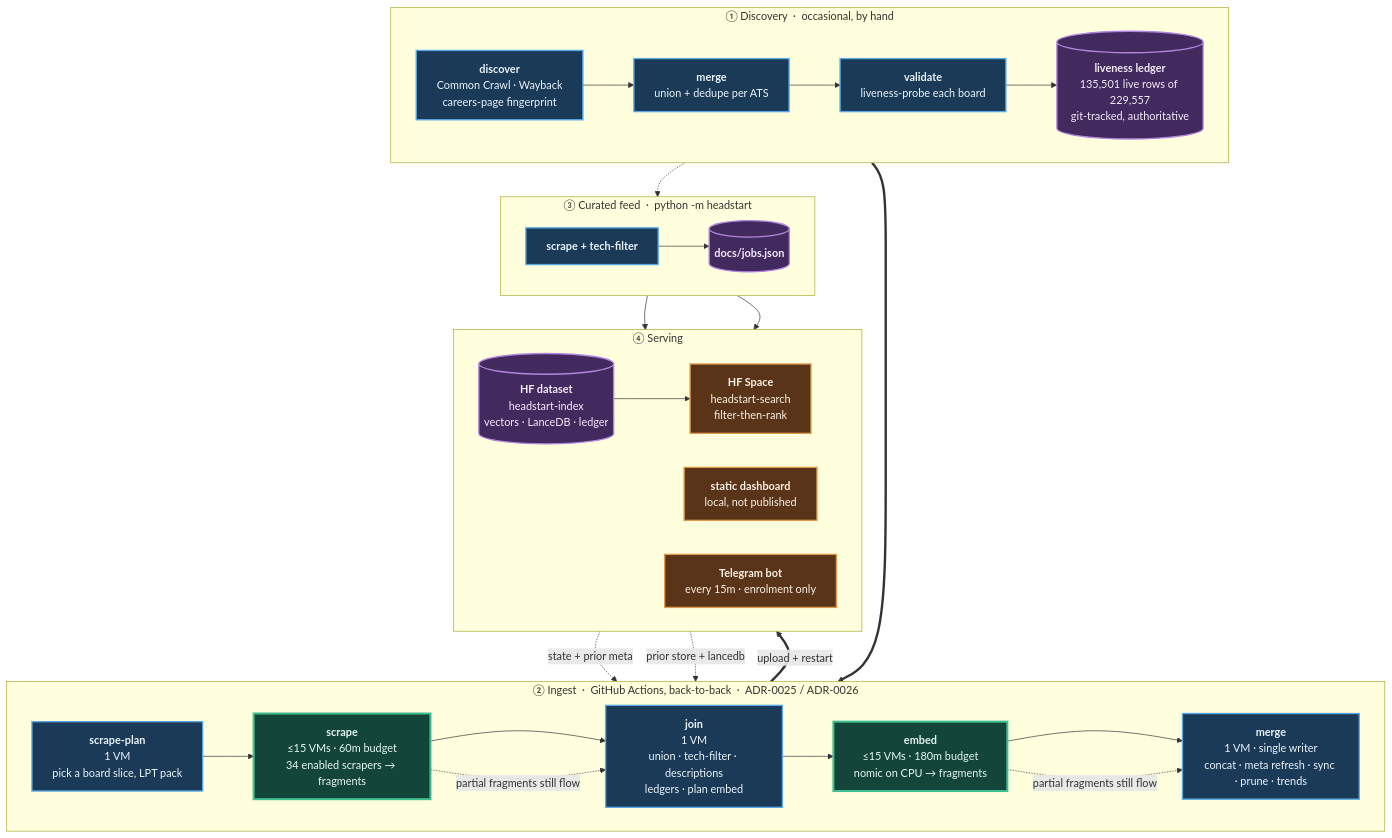
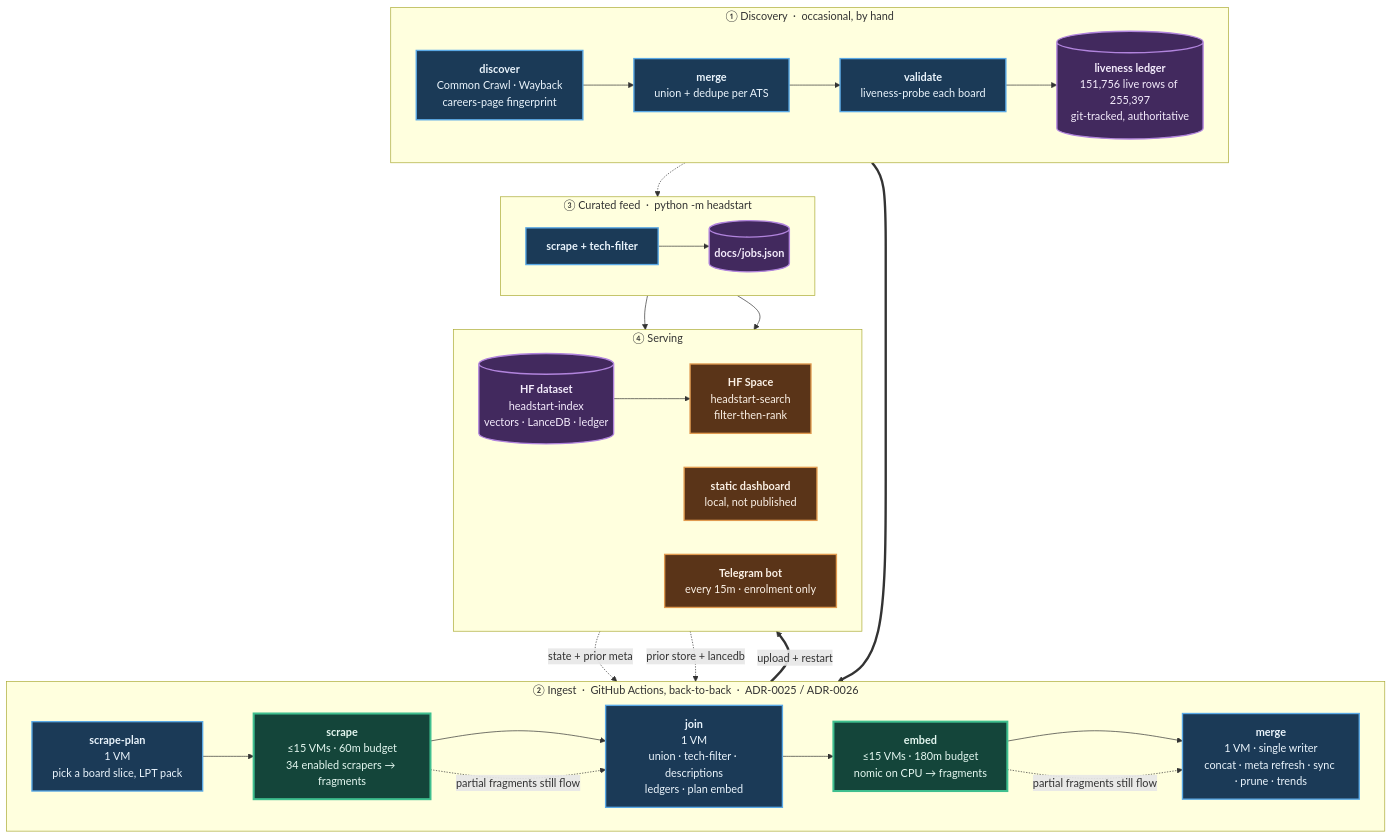
One commit to sarthakjain004/headstart changed the diagram in README.md. Above: the diagram before and after it, drawn with Mermaid. The commit also changed other lines of this file and 15 other files, not shown here.

````diff
--- a/README.md
+++ b/README.md
@@ -137,56 +137,56 @@
 ```mermaid
 flowchart TB
     subgraph D["① Discovery &nbsp;·&nbsp; occasional, by hand"]
         direction LR
         D1["<b>discover</b><br/>Common Crawl · Wayback<br/>careers-page fingerprint"]
         D2["<b>merge</b><br/>union + dedupe per ATS"]
         D3["<b>validate</b><br/>liveness-probe each board"]
-        D4[("<b>liveness ledger</b><br/>135,501 live rows of 229,557<br/>git-tracked, authoritative")]
+        D4[("<b>liveness ledger</b><br/>151,756 live rows of 255,397<br/>git-tracked, authoritative")]
         D1 --> D2 --> D3 --> D4
     end
 
     subgraph P["② Ingest &nbsp;·&nbsp; GitHub Actions, back-to-back &nbsp;·&nbsp; ADR-0025 / ADR-0026"]
         direction LR
         P1["<b>scrape-plan</b><br/>1 VM<br/>pick a board slice, LPT pack"]
         P2["<b>scrape</b><br/>≤15 VMs · 60m budget<br/>34 enabled scrapers → fragments"]
         P3["<b>join</b><br/>1 VM<br/>union · tech-filter · descriptions<br/>ledgers · plan embed"]
         P4["<b>embed</b><br/>≤15 VMs · 180m budget<br/>nomic on CPU → fragments"]
         P5["<b>merge</b><br/>1 VM · single writer<br/>concat · meta refresh · sync · prune · trends"]
         P1 --> P2 --> P3 --> P4 --> P5
     end
 
     subgraph F["③ Curated feed &nbsp;·&nbsp; python -m headstart"]
         direction LR
         F1["<b>scrape + tech-filter</b>"]
         F2[("<b>docs/jobs.json</b>")]
         F1 --> F2
     end
 
     subgraph S["④ Serving"]
         direction LR
         S1[("<b>HF dataset</b><br/>headstart-index<br/>vectors · LanceDB · ledger")]
         S2["<b>HF Space</b><br/>headstart-search<br/>filter-then-rank"]
         S3["<b>static dashboard</b><br/>local, not published"]
         S4["<b>Telegram bot</b><br/>every 15m · enrolment only"]
         S1 --> S2
     end
 
     D4 ==> P1
     S1 -. "state + prior meta" .-> P1
     S1 -. "prior store + lancedb" .-> P5
     D4 -.-> F1
     P5 ==>|"upload + restart"| S1
     F2 --> S3
     F2 --> S4
     P2 -. "partial fragments still flow" .-> P3
     P4 -. "partial fragments still flow" .-> P5
 
     classDef serial fill:#1b3a57,stroke:#5aa9e6,stroke-width:2px,color:#eaf4fc
     classDef fan fill:#14453a,stroke:#3fbf8f,stroke-width:3px,color:#e4f7f0
     classDef store fill:#42295e,stroke:#b184dd,stroke-width:2px,color:#f4ecfc
     classDef serve fill:#5a3418,stroke:#e09a4f,stroke-width:2px,color:#fbf1e6
     class D1,D2,D3,P1,P3,P5,F1 serial
     class P2,P4 fan
     class D4,F2,S1 store
     class S2,S3,S4 serve
 ```
````
